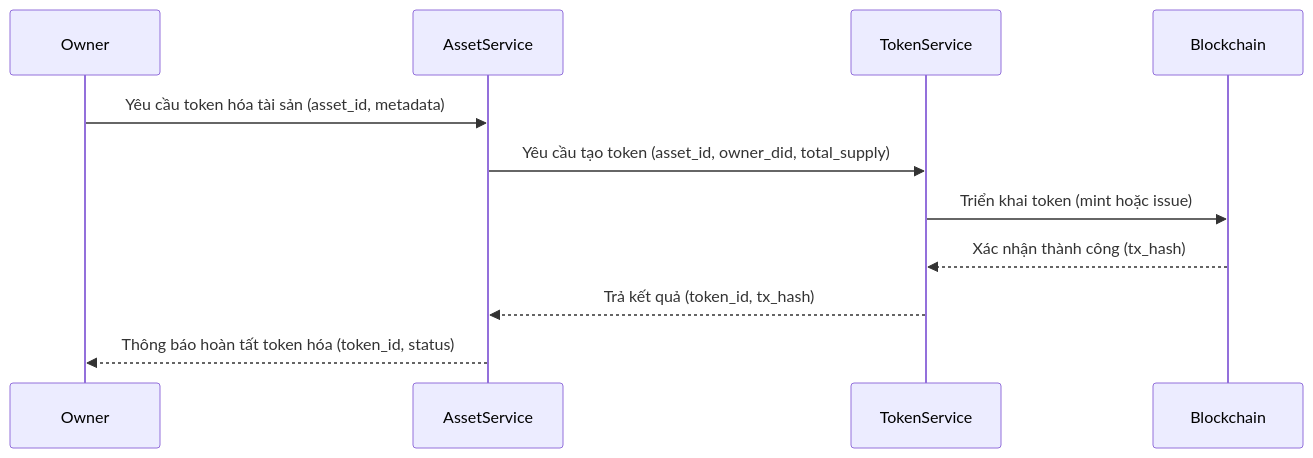
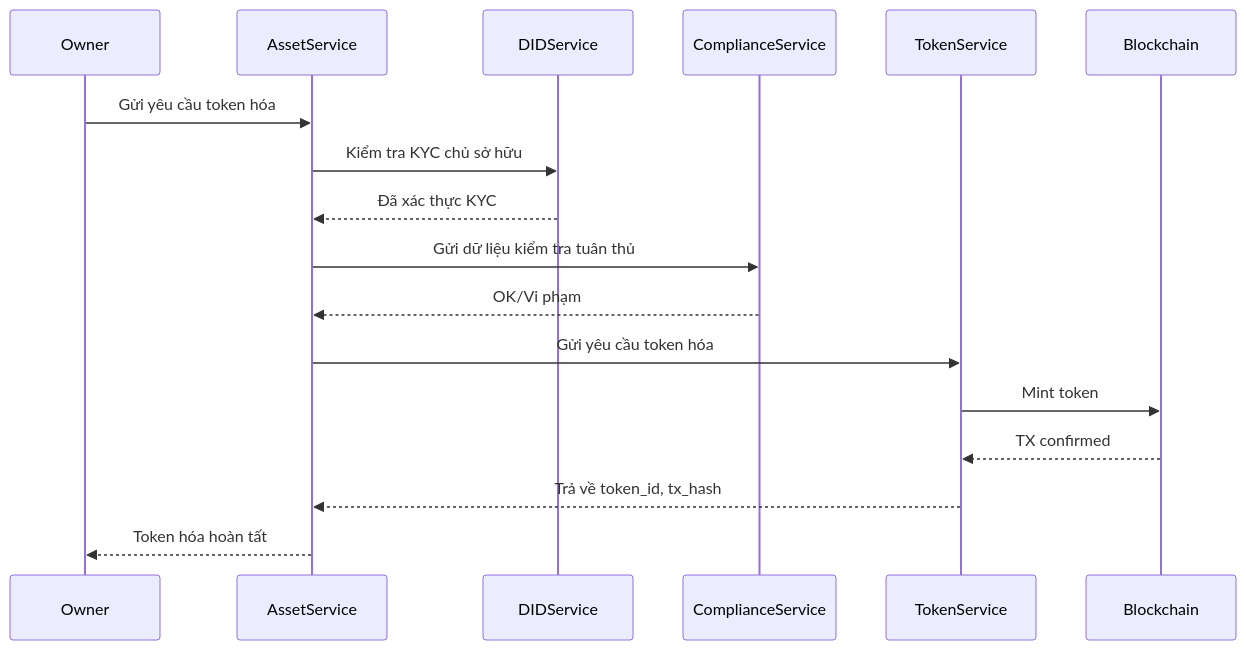
The fifth of 7 diagrams in docs/rd.vi.md (metafi-blockchain/metafi-digital-assets-service), drawn with Mermaid before and after one commit. The commit also changed other lines of this file, not shown here.

````diff
--- a/docs/rd.vi.md
+++ b/docs/rd.vi.md
@@ -514,14 +514,22 @@
 ```mermaid
 sequenceDiagram
     participant Owner
     participant AssetService
+    participant DIDService
+    participant ComplianceService
     participant TokenService
     participant Blockchain
 
-    Owner->>AssetService: Yêu cầu token hóa tài sản (asset_id, metadata)
-    AssetService->>TokenService: Yêu cầu tạo token (asset_id, owner_did, total_supply)
-    TokenService->>Blockchain: Triển khai token (mint hoặc issue)
-    Blockchain-->>TokenService: Xác nhận thành công (tx_hash)
-    TokenService-->>AssetService: Trả kết quả (token_id, tx_hash)
-    AssetService-->>Owner: Thông báo hoàn tất token hóa (token_id, status)
+    Owner->>AssetService: Gửi yêu cầu token hóa
+    AssetService->>DIDService: Kiểm tra KYC chủ sở hữu
+    DIDService-->>AssetService: Đã xác thực KYC
+
+    AssetService->>ComplianceService: Gửi dữ liệu kiểm tra tuân thủ
+    ComplianceService-->>AssetService: OK/Vi phạm
+
+    AssetService->>TokenService: Gửi yêu cầu token hóa
+    TokenService->>Blockchain: Mint token
+    Blockchain-->>TokenService: TX confirmed
+    TokenService-->>AssetService: Trả về token_id, tx_hash
+    AssetService-->>Owner: Token hóa hoàn tất
 ```
````
